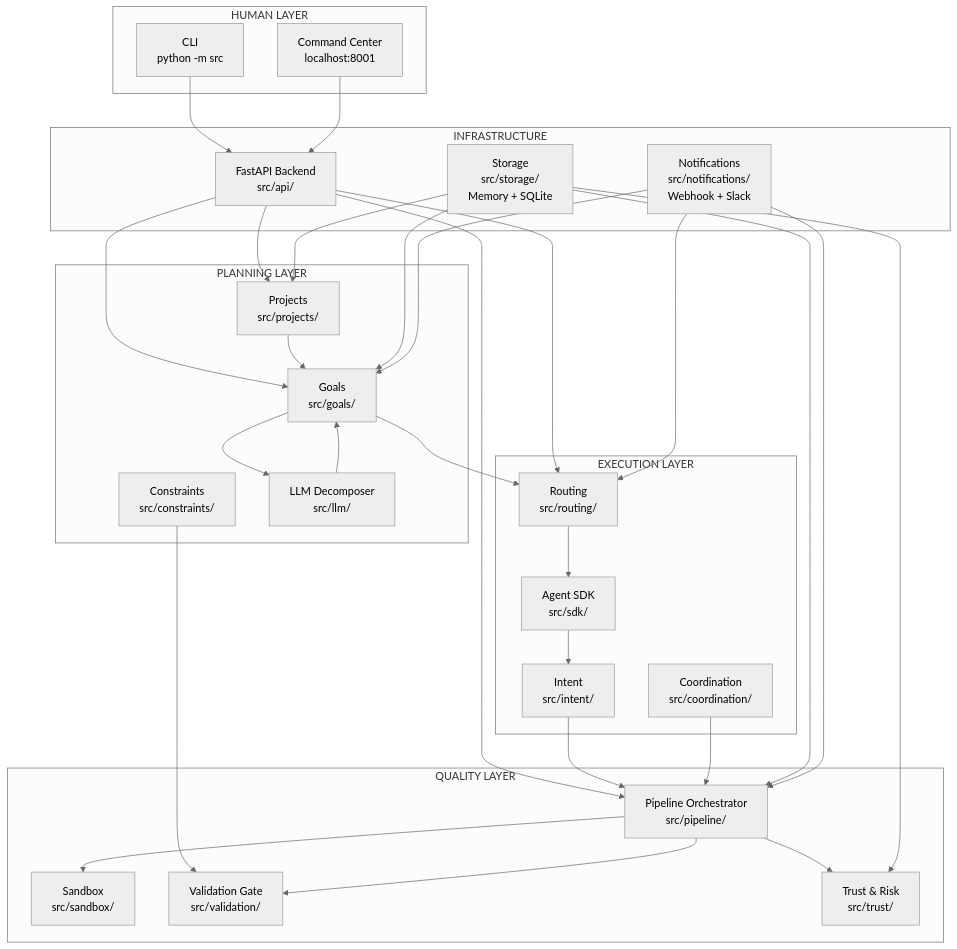
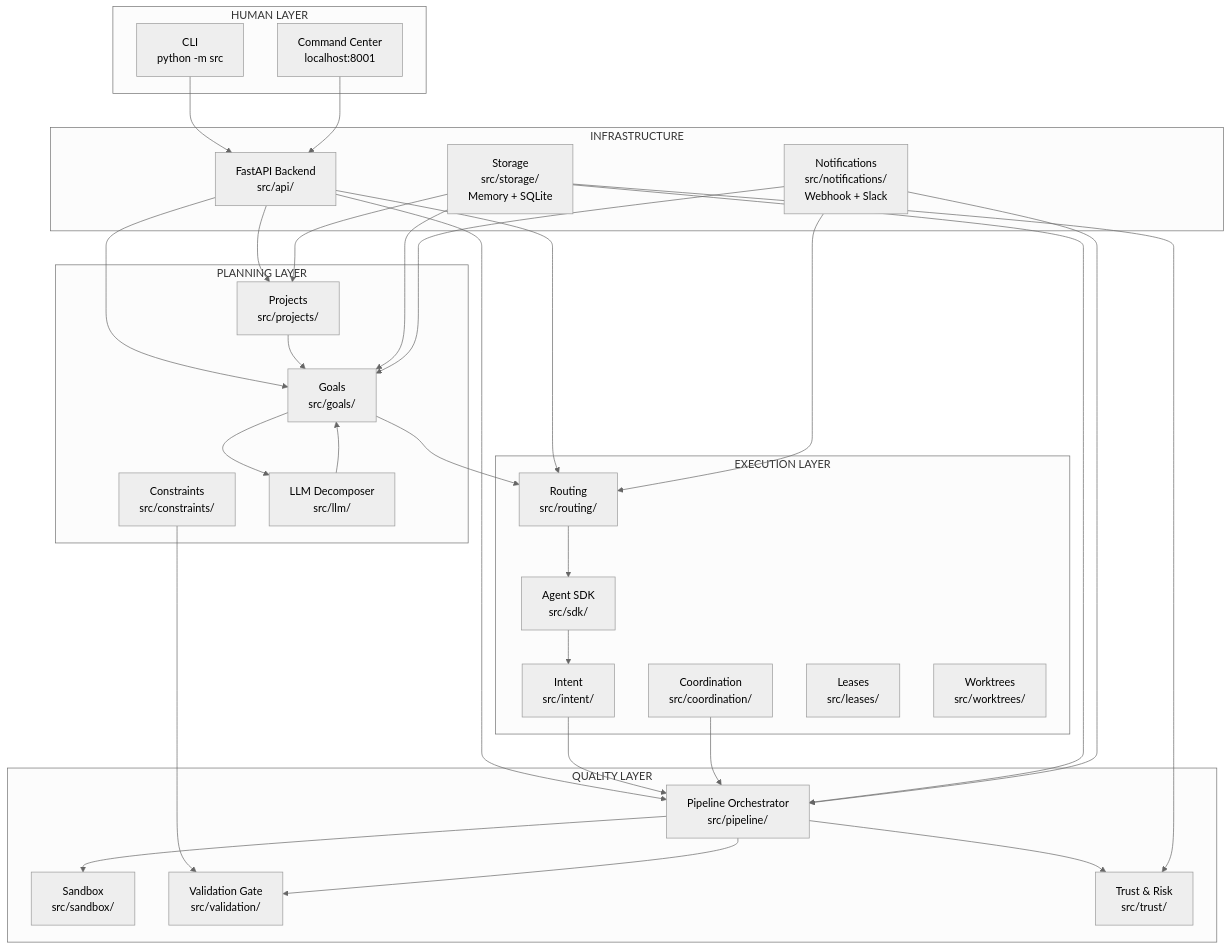
Before and after one commit to AV4TAr/shipyard: the third of 4 diagrams in docs/guide.md, drawn with Mermaid (neutral theme). The commit also changed other lines of this file and 5 other files, not shown here.

First line of the commit message:
Update docs for Wave 5: leases, worktrees, config editor, kill switch

````diff
--- a/docs/guide.md
+++ b/docs/guide.md
@@ -615,56 +732,58 @@
 ```mermaid
 graph TD
     subgraph Human["HUMAN LAYER"]
         CLI["CLI<br/>python -m src"]
         WebUI["Command Center<br/>localhost:8001"]
     end
 
     subgraph Planning["PLANNING LAYER"]
         Projects["Projects<br/>src/projects/"]
         Goals["Goals<br/>src/goals/"]
         Constraints["Constraints<br/>src/constraints/"]
         LLM["LLM Decomposer<br/>src/llm/"]
     end
 
     subgraph Execution["EXECUTION LAYER"]
         Routing["Routing<br/>src/routing/"]
         SDK["Agent SDK<br/>src/sdk/"]
         Intent["Intent<br/>src/intent/"]
         Coordination["Coordination<br/>src/coordination/"]
+        Leases["Leases<br/>src/leases/"]
+        Worktrees["Worktrees<br/>src/worktrees/"]
     end
 
     subgraph Quality["QUALITY LAYER"]
         Pipeline["Pipeline Orchestrator<br/>src/pipeline/"]
         Sandbox["Sandbox<br/>src/sandbox/"]
         Validation["Validation Gate<br/>src/validation/"]
         Trust["Trust & Risk<br/>src/trust/"]
     end
 
     subgraph Infrastructure["INFRASTRUCTURE"]
         Storage["Storage<br/>src/storage/<br/>Memory + SQLite"]
         Notifications["Notifications<br/>src/notifications/<br/>Webhook + Slack"]
         API["FastAPI Backend<br/>src/api/"]
     end
 
     CLI --> API
     WebUI --> API
     API --> Projects & Goals & Routing & Pipeline
 
     Projects --> Goals
     Goals --> LLM
     LLM --> Goals
     Goals --> Routing
     Constraints --> Validation
 
     Routing --> SDK
     SDK --> Intent
     Intent --> Pipeline
     Coordination --> Pipeline
 
     Pipeline --> Sandbox
     Pipeline --> Validation
     Pipeline --> Trust
 
     Storage --> Goals & Trust & Pipeline & Projects
     Notifications --> Pipeline & Goals & Routing
 ```
````
